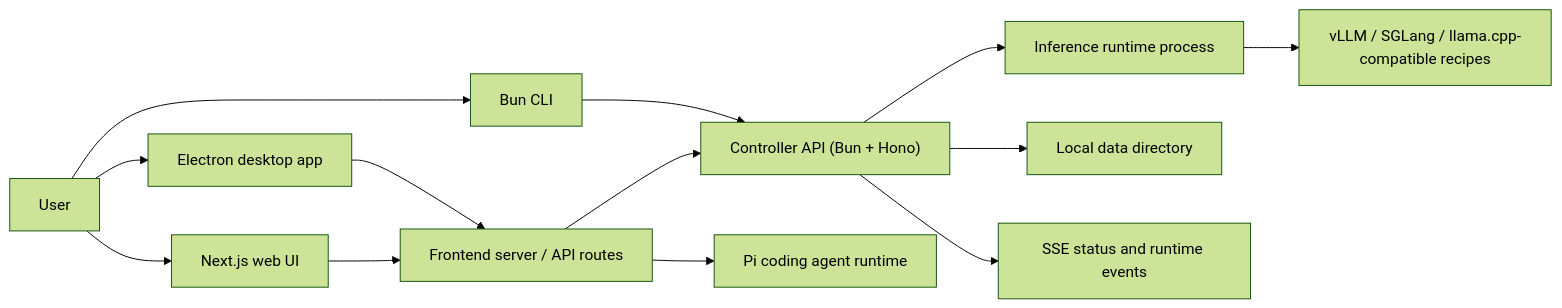
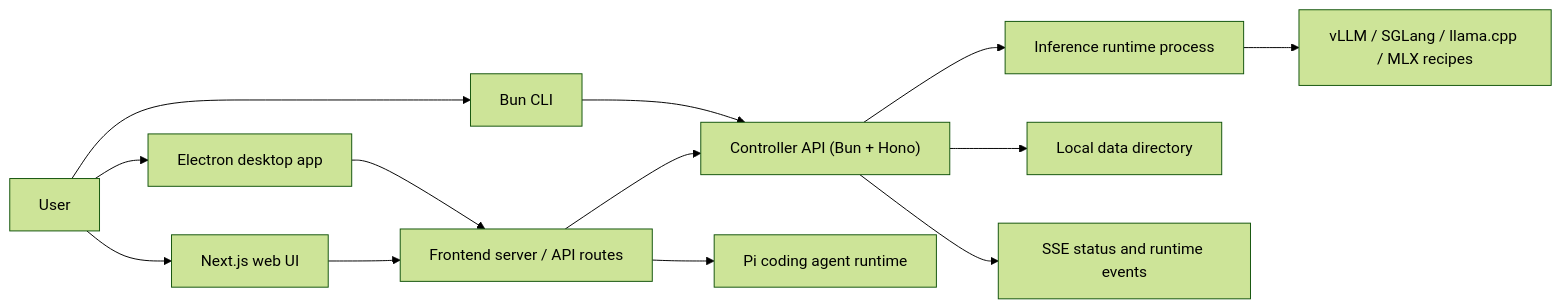
One commit to 0xSero/vllm-studio changed the first of 2 diagrams in README.md. Above: the diagram before and after it, drawn with Mermaid (forest theme). The commit also changed other lines of this file and 7 other files, not shown here.

````diff
--- a/README.md
+++ b/README.md
@@ -35,17 +37,17 @@
 ```mermaid
 flowchart LR
     User["User"] --> Desktop["Electron desktop app"]
     User --> Web["Next.js web UI"]
     User --> CLI["Bun CLI"]
 
     Desktop --> Frontend["Frontend server / API routes"]
     Web --> Frontend
     CLI --> Controller["Controller API (Bun + Hono)"]
     Frontend --> Controller
 
     Controller --> Runtime["Inference runtime process"]
-    Runtime --> Backends["vLLM / SGLang / llama.cpp-compatible recipes"]
+    Runtime --> Backends["vLLM / SGLang / llama.cpp / MLX recipes"]
     Controller --> Data["Local data directory"]
     Controller --> Events["SSE status and runtime events"]
     Frontend --> Agent["Pi coding agent runtime"]
 ```
````
